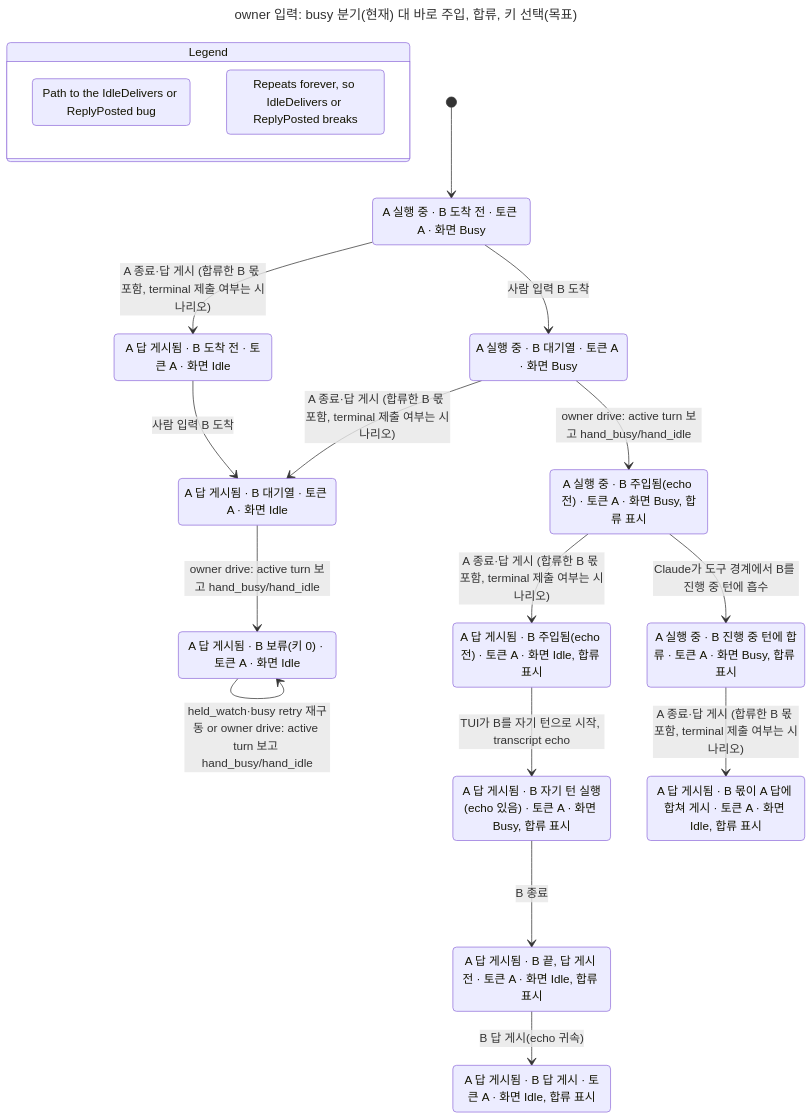
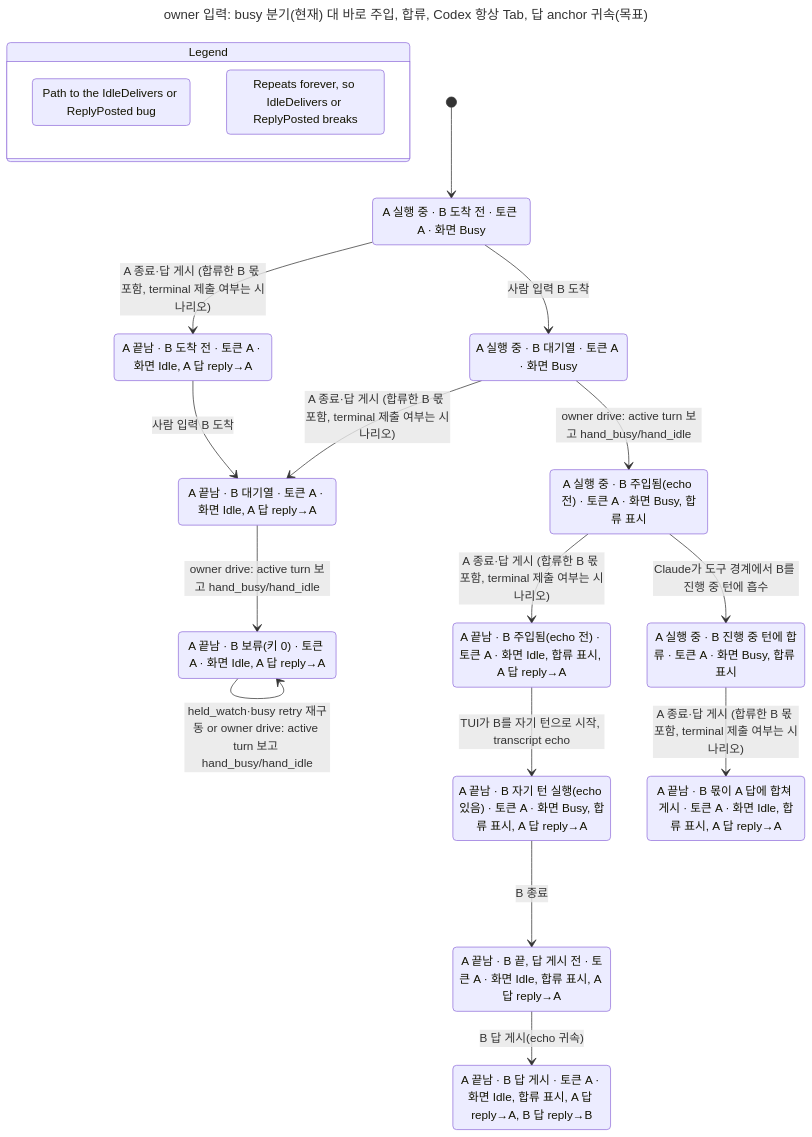
Before and after one commit to itismyfield/AgentDesk: the diagram in docs/statecharts/input-single-path/owner-input-busy-split.current-8432.chart.mmd, drawn with Mermaid. The commit also changed 36 other files, not shown here.

First line of the commit message:
docs(design): #8328 1단계 설계 w2 — 답 anchor 귀속을 핵심으로, Codex 항상 Tab

```diff
--- a/docs/statecharts/input-single-path/owner-input-busy-split.current-8432.chart.mmd
+++ b/docs/statecharts/input-single-path/owner-input-busy-split.current-8432.chart.mmd
@@ -1,40 +1,41 @@
 ---
-title: "owner 입력: busy 분기(현재) 대 바로 주입, 합류, 키 선택(목표)"
+title: "owner 입력: busy 분기(현재) 대 바로 주입, 합류, Codex 항상 Tab, 답 anchor 귀속(목표)"
 ---
 stateDiagram-v2
   state "Legend" as legend {
     lg0: Path to the IdleDelivers or ReplyPosted bug
     lg1: Repeats forever, so IdleDelivers or ReplyPosted breaks
   }
   class lg0 bugPath
   class lg1 repeats
   s0: A 실행 중 #183; B 도착 전 #183; 토큰 A #183; 화면 Busy
-  s1: A 답 게시됨 #183; B 도착 전 #183; 토큰 A #183; 화면 Idle
+  s1: A 끝남 #183; B 도착 전 #183; 토큰 A #183; 화면 Idle, A 답 reply#8594;A
   s2: A 실행 중 #183; B 대기열 #183; 토큰 A #183; 화면 Busy
-  s3: A 답 게시됨 #183; B 대기열 #183; 토큰 A #183; 화면 Idle
+  s3: A 끝남 #183; B 대기열 #183; 토큰 A #183; 화면 Idle, A 답 reply#8594;A
   s4: A 실행 중 #183; B 주입됨(echo 전) #183; 토큰 A #183; 화면 Busy, 합류 표시
-  s5: A 답 게시됨 #183; B 보류(키 0) #183; 토큰 A #183; 화면 Idle
-  s6: A 답 게시됨 #183; B 주입됨(echo 전) #183; 토큰 A #183; 화면 Idle, 합류 표시
+  s5: A 끝남 #183; B 보류(키 0) #183; 토큰 A #183; 화면 Idle, A 답 reply#8594;A
+  s6: A 끝남 #183; B 주입됨(echo 전) #183; 토큰 A #183; 화면 Idle, 합류 표시, A 답 reply#8594;A
   s7: A 실행 중 #183; B 진행 중 턴에 합류 #183; 토큰 A #183; 화면 Busy, 합류 표시
-  s8: A 답 게시됨 #183; B 몫이 A 답에 합쳐 게시 #183; 토큰 A #183; 화면 Idle, 합류 표시
-  s9: A 답 게시됨 #183; B 자기 턴 실행(echo 있음) #183; 토큰 A #183; 화면 Busy, 합류 표시
-  s10: A 답 게시됨 #183; B 끝, 답 게시 전 #183; 토큰 A #183; 화면 Idle, 합류 표시
-  s11: A 답 게시됨 #183; B 답 게시 #183; 토큰 A #183; 화면 Idle, 합류 표시
+  s8: A 끝남 #183; B 몫이 A 답에 합쳐 게시 #183; 토큰 A #183; 화면 Idle, 합류 표시, A 답 reply#8594;A
+  s9: A 끝남 #183; B 자기 턴 실행(echo 있음) #183; 토큰 A #183; 화면 Busy, 합류 표시, A 답 reply#8594;A
+  s10: A 끝남 #183; B 끝, 답 게시 전 #183; 토큰 A #183; 화면 Idle, 합류 표시, A 답 reply#8594;A
+  s11: A 끝남 #183; B 답 게시 #183; 토큰 A #183; 화면 Idle, 합류 표시, A 답 reply#8594;A, B 답 reply#8594;B
   [*] --> s0
   s0 --> s1: A 종료#183;답 게시 (합류한 B 몫 포함, terminal 제출 여부는 시나리오)
   s0 --> s2: 사람 입력 B 도착
   s1 --> s3: 사람 입력 B 도착
   s2 --> s3: A 종료#183;답 게시 (합류한 B 몫 포함, terminal 제출 여부는 시나리오)
   s2 --> s4: owner drive: active turn 보고 hand_busy/hand_idle
   s3 --> s5: owner drive: active turn 보고 hand_busy/hand_idle
   s4 --> s6: A 종료#183;답 게시 (합류한 B 몫 포함, terminal 제출 여부는 시나리오)
   s4 --> s7: Claude가 도구 경계에서 B를 진행 중 턴에 흡수
   s5 --> s5: held_watch#183;busy retry 재구동 or owner drive: active turn 보고 hand_busy/hand_idle
   s6 --> s9: TUI가 B를 자기 턴으로 시작, transcript echo
   s7 --> s8: A 종료#183;답 게시 (합류한 B 몫 포함, terminal 제출 여부는 시나리오)
   s9 --> s10: B 종료
   s10 --> s11: B 답 게시(echo 귀속)
   class s0 bugPath
-  class s2 bugPath
+  class s1 bugPath
   class s3 bugPath
+  class s5 bugPath
   class s5 repeats
```
